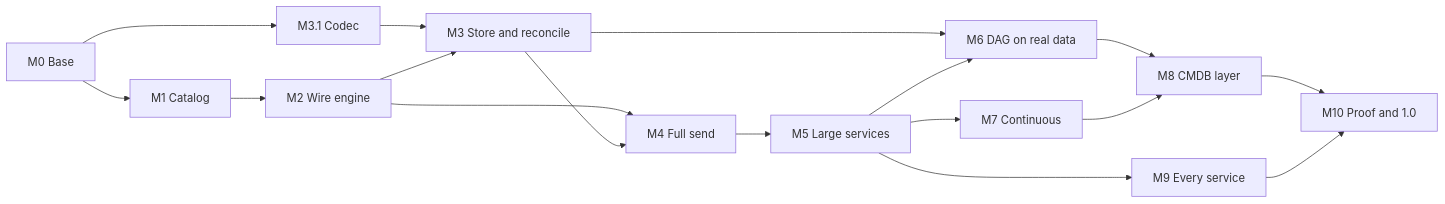
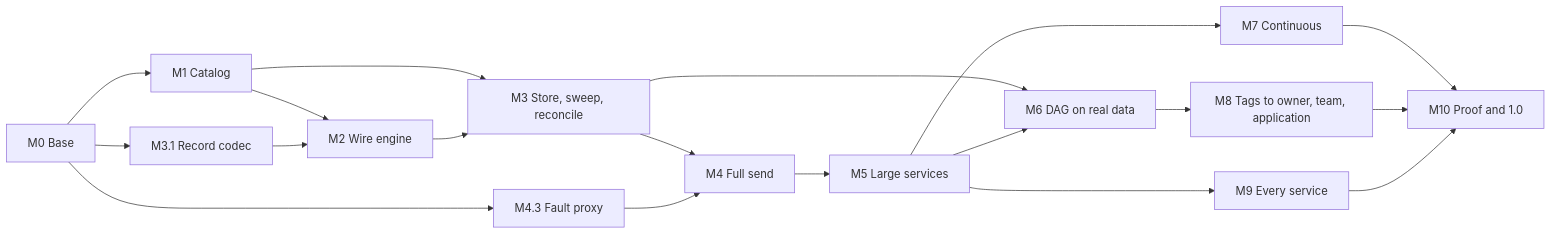
The diagram in docs/ROADMAP.md (lprior-repo/aws-inventory-rust), drawn with Mermaid before and after one commit. The commit also changed other lines of this file and 5 other files, not shown here.

First line of the commit message:
Review the plan and record the owner's later decisions

````diff
--- a/docs/ROADMAP.md
+++ b/docs/ROADMAP.md
@@ -38,19 +62,21 @@
 ```mermaid
 flowchart LR
     M0[M0 Base] --> M1[M1 Catalog]
-    M0 --> M3a[M3.1 Codec]
+    M0 --> M3a[M3.1 Record codec]
+    M0 --> M4c[M4.3 Fault proxy]
     M1 --> M2[M2 Wire engine]
-    M3a --> M3[M3 Store and reconcile]
+    M3a --> M2
+    M1 --> M3[M3 Store, sweep, reconcile]
     M2 --> M3
-    M2 --> M4[M4 Full send]
-    M3 --> M4
+    M3 --> M4[M4 Full send]
+    M4c --> M4
     M4 --> M5[M5 Large services]
     M3 --> M6[M6 DAG on real data]
     M5 --> M6
     M5 --> M7[M7 Continuous]
-    M6 --> M8[M8 CMDB layer]
-    M7 --> M8
+    M6 --> M8[M8 Tags to owner, team, application]
     M5 --> M9[M9 Every service]
-    M8 --> M10[M10 Proof and 1.0]
+    M7 --> M10[M10 Proof and 1.0]
+    M8 --> M10
     M9 --> M10
 ```
````
